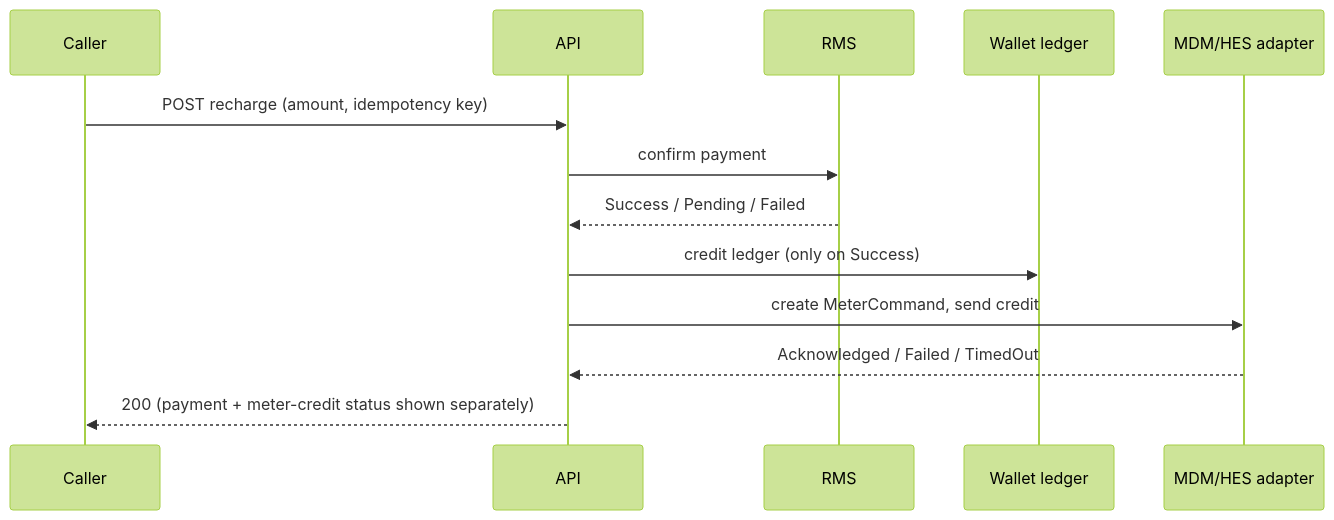
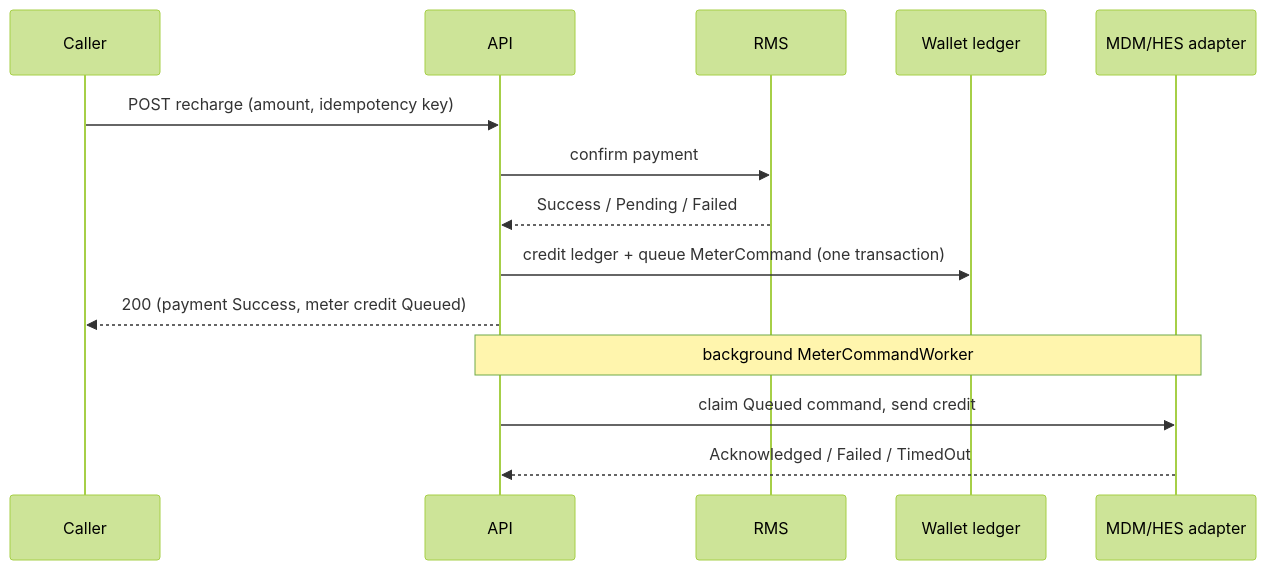
The second of 3 diagrams in docs/ARCHITECTURE.md (lalit-prakash/prepaid_engine), drawn with Mermaid (forest theme) before and after one commit. The commit also changed other lines of this file and 11 other files, not shown here.

First line of the commit message:
feat: recharge outbox and meter credit command worker

````diff
--- a/docs/ARCHITECTURE.md
+++ b/docs/ARCHITECTURE.md
@@ -181,15 +182,16 @@
 ```mermaid
 sequenceDiagram
   participant C as Caller
   participant API
   participant RMS
   participant W as Wallet ledger
   participant M as MDM/HES adapter
   C->>API: POST recharge (amount, idempotency key)
   API->>RMS: confirm payment
   RMS-->>API: Success / Pending / Failed
-  API->>W: credit ledger (only on Success)
-  API->>M: create MeterCommand, send credit
+  API->>W: credit ledger + queue MeterCommand (one transaction)
+  API-->>C: 200 (payment Success, meter credit Queued)
+  Note over API,M: background MeterCommandWorker
+  API->>M: claim Queued command, send credit
   M-->>API: Acknowledged / Failed / TimedOut
-  API-->>C: 200 (payment + meter-credit status shown separately)
 ```
````
